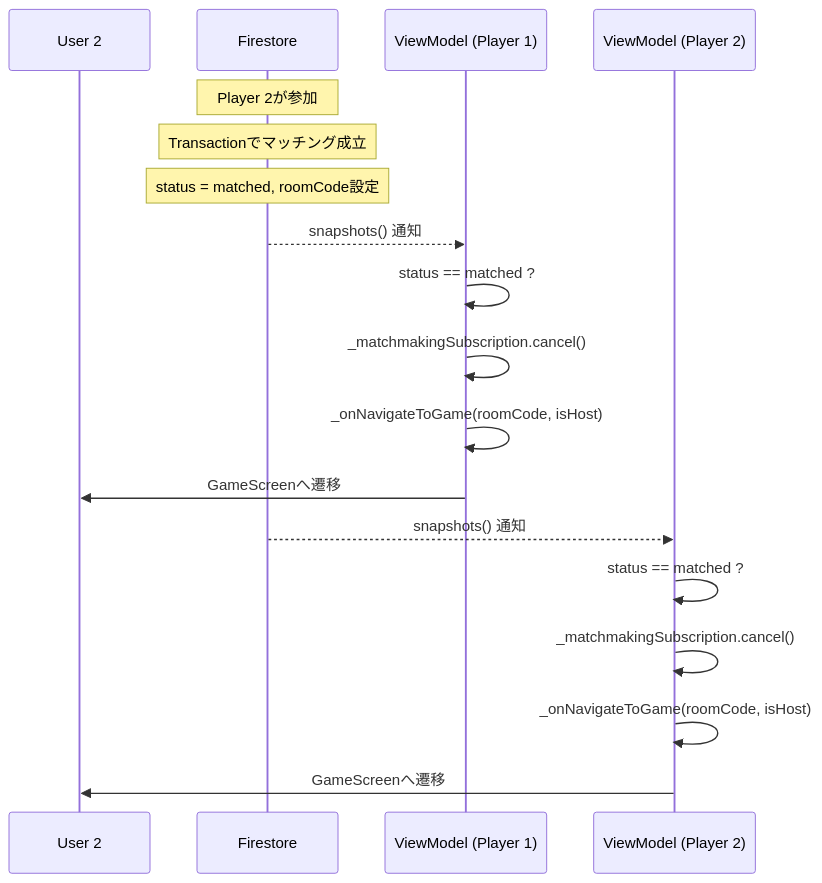
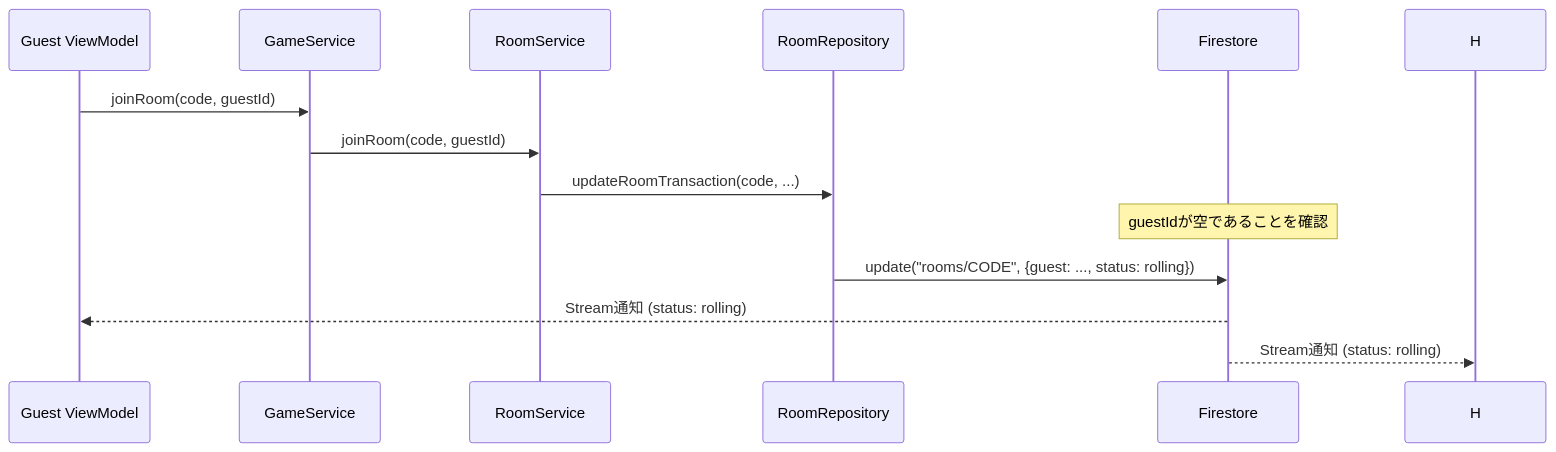
One commit to YotaMomose/battle_for_the_cats changed the second of 6 diagrams in docs/architecture/05_data_flow.md. Above: the diagram before and after it, drawn with Mermaid. The commit also changed other lines of this file and 5 other files, not shown here.

````diff
--- a/docs/architecture/05_data_flow.md
+++ b/docs/architecture/05_data_flow.md
@@ -103,23 +31,16 @@
 ```mermaid
 sequenceDiagram
-    participant U2 as User 2
+    participant G as Guest ViewModel
+    participant GS as GameService
+    participant RS as RoomService
+    participant RR as RoomRepository
     participant FS as Firestore
-    participant VM1 as ViewModel (Player 1)
-    participant VM2 as ViewModel (Player 2)
     
-    Note over FS: Player 2が参加
-    Note over FS: Transactionでマッチング成立
-    Note over FS: status = matched, roomCode設定
-    
-    FS-->>VM1: snapshots() 通知
-    VM1->>VM1: status == matched ?
-    VM1->>VM1: _matchmakingSubscription.cancel()
-    VM1->>VM1: _onNavigateToGame(roomCode, isHost)
-    VM1->>U2: GameScreenへ遷移
-    
-    FS-->>VM2: snapshots() 通知
-    VM2->>VM2: status == matched ?
-    VM2->>VM2: _matchmakingSubscription.cancel()
-    VM2->>VM2: _onNavigateToGame(roomCode, isHost)
-    VM2->>U2: GameScreenへ遷移
+    G->>GS: joinRoom(code, guestId)
+    GS->>RS: joinRoom(code, guestId)
+    RS->>RR: updateRoomTransaction(code, ...)
+    Note over FS: guestIdが空であることを確認
+    RR->>FS: update("rooms/CODE", {guest: ..., status: rolling})
+    FS-->>G: Stream通知 (status: rolling)
+    FS-->>H: Stream通知 (status: rolling)
 ```
````
